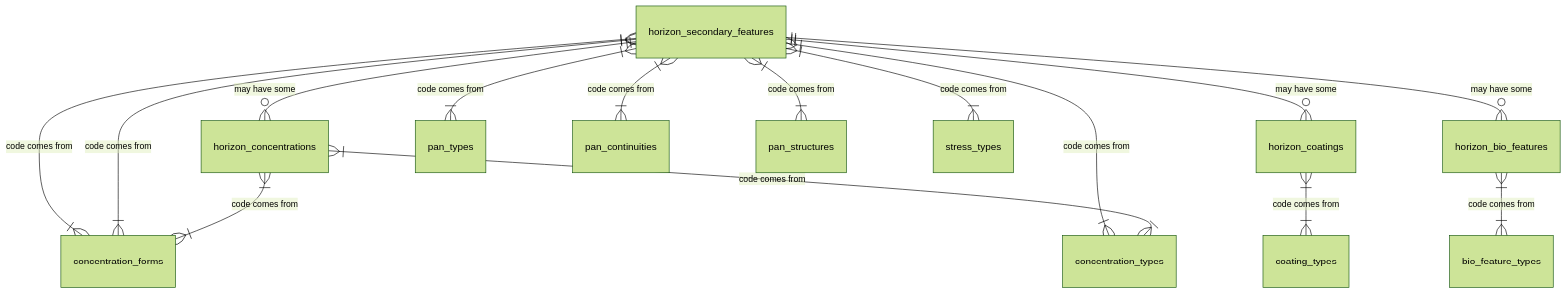
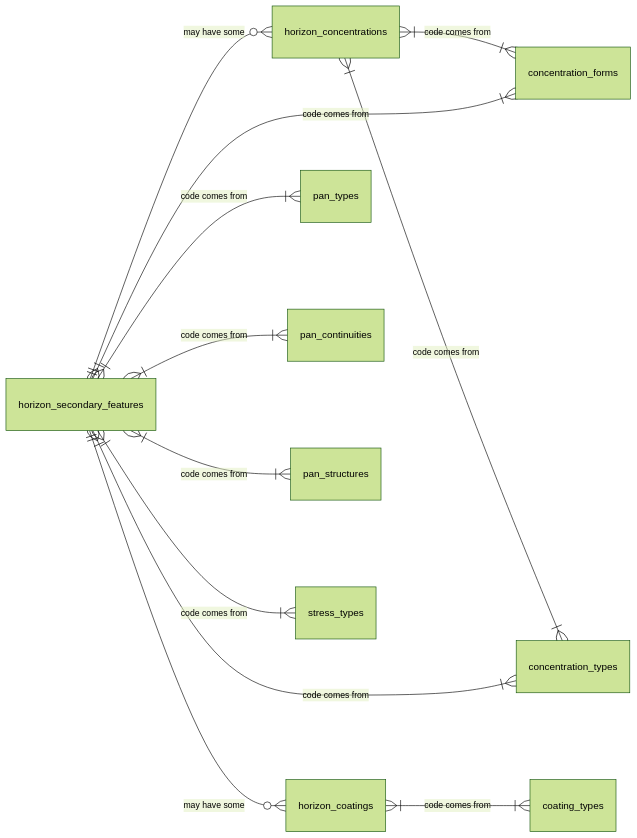
Before and after one commit to manaakiwhenua/NZ_soildesc_2024: diagram 16 of 27 in ap_03_database_design.qmd, drawn with Mermaid (forest theme). The commit also changed other lines of this file, not shown here.

````diff
--- a/ap_03_database_design.qmd
+++ b/ap_03_database_design.qmd
@@ -1287,22 +1438,19 @@
 ```{mermaid}
 %%| label: fig-mhorseco
 %%| fig-cap: "Horizon secondary features - Overview"
 
-%%{ init: { 'er': { 'layoutDirection': 'LR' } } }%%
 erDiagram
+  direction LR
   horizon_secondary_features ||--o{ "horizon_concentrations" : "may have some"
+  horizon_concentrations }|--|{ concentration_forms : "code comes from"
+  horizon_concentrations }|--|{ concentration_types : "code comes from"
   horizon_secondary_features ||--o{ "horizon_coatings" : "may have some"
-  horizon_secondary_features ||--o{ "horizon_bio_features" : "may have some"
-  horizon_secondary_features }|--|{ concentration_forms : "code comes from"
+  horizon_coatings }|--|{ coating_types : "code comes from"
   horizon_secondary_features }|--|{ concentration_forms : "code comes from"
   horizon_secondary_features }|--|{ concentration_types : "code comes from"
   horizon_secondary_features }|--|{ pan_types : "code comes from"
   horizon_secondary_features }|--|{ pan_continuities : "code comes from"
   horizon_secondary_features }|--|{ pan_structures : "code comes from"
   horizon_secondary_features }|--|{ stress_types : "code comes from"
-  horizon_concentrations }|--|{ concentration_forms : "code comes from"
-  horizon_concentrations }|--|{ concentration_types : "code comes from"
-  horizon_coatings }|--|{ coating_types : "code comes from"
-  horizon_bio_features }|--|{ bio_feature_types : "code comes from"
 
 ```
````
